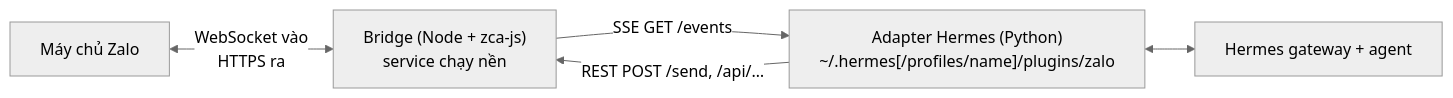
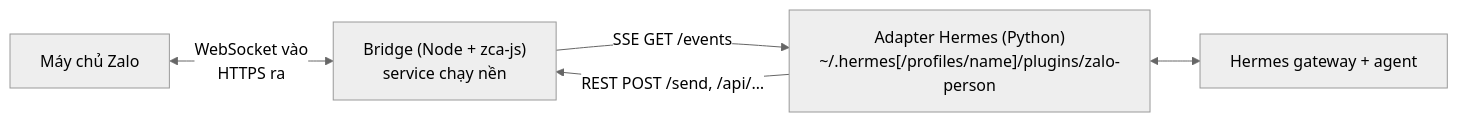
Before and after one commit to pdt590/chatbot-personal-zalo-hermes: the diagram in README.vi.md, drawn with Mermaid (neutral theme). The commit also changed other lines of this file and 33 other files, not shown here.

````diff
--- a/README.vi.md
+++ b/README.vi.md
@@ -73,7 +73,7 @@
 ```mermaid
 flowchart LR
   Z[Máy chủ Zalo] <-- "WebSocket vào<br/>HTTPS ra" --> B["Bridge (Node + zca-js)<br/>service chạy nền"]
-  B -- "SSE  GET /events" --> A["Adapter Hermes (Python)<br/>~/.hermes[/profiles/name]/plugins/zalo"]
+  B -- "SSE  GET /events" --> A["Adapter Hermes (Python)<br/>~/.hermes[/profiles/name]/plugins/zalo-person"]
   A -- "REST  POST /send, /api/…" --> B
   A <--> H[Hermes gateway + agent]
 ```
````
